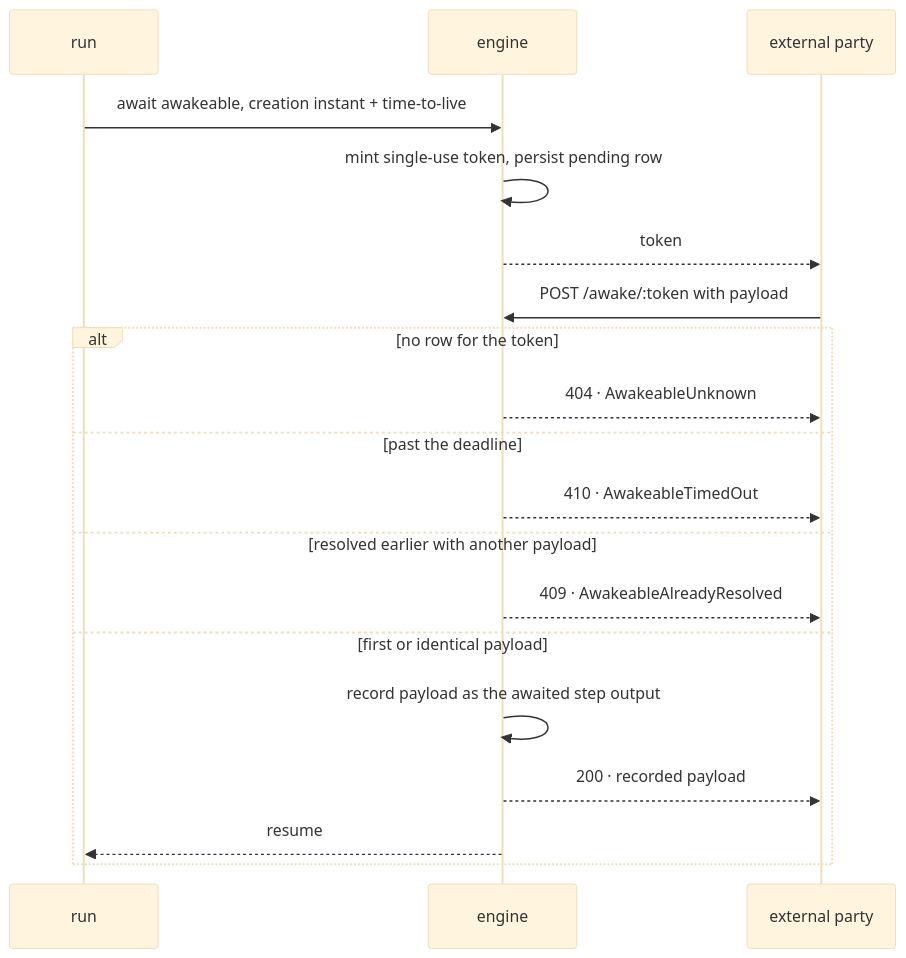
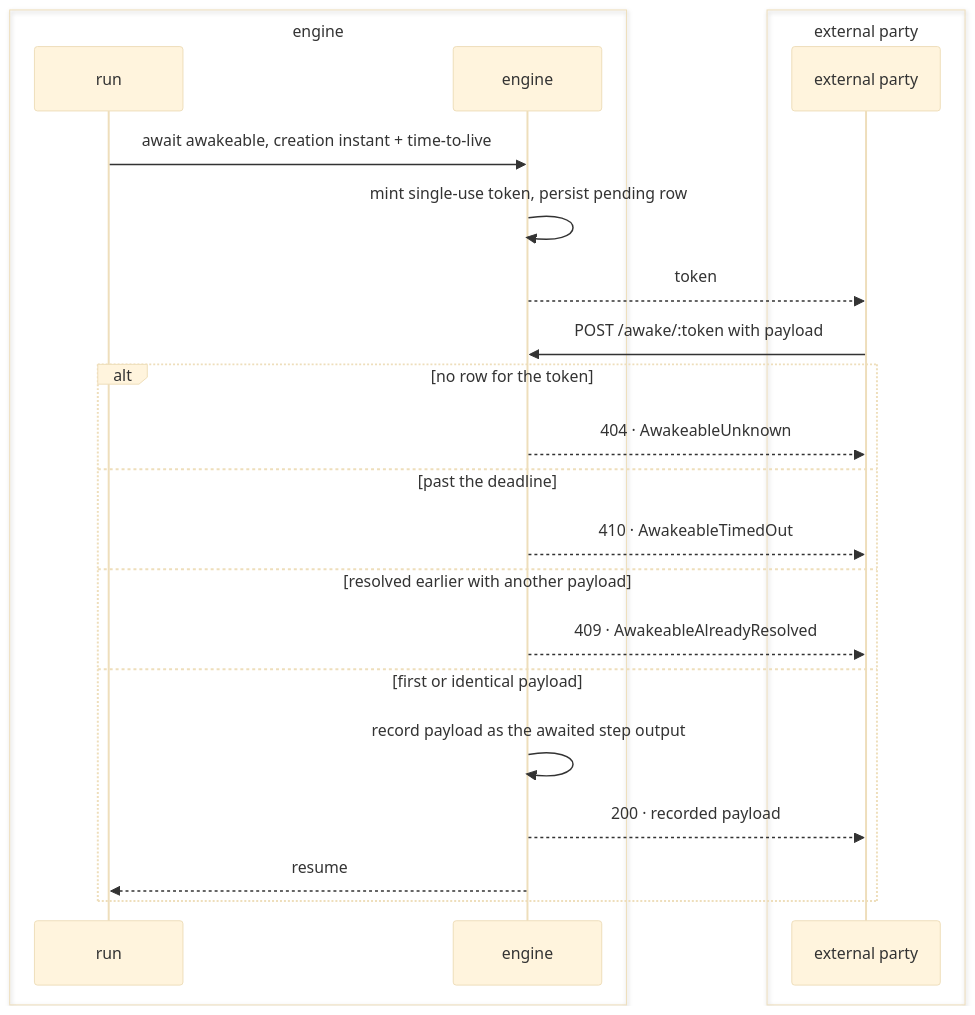
One commit to fractalboxdev/contextful changed the third of 6 diagrams in spec/30-run.md. Above: the diagram before and after it, drawn with Mermaid (base theme). The commit also changed other lines of this file and 33 other files, not shown here.

Commit message:
spec: diagrams draw contracts, parties and trust zones as containers; a node standing for one is refused

````diff
--- a/spec/30-run.md
+++ b/spec/30-run.md
@@ -140,21 +162,25 @@
 ```mermaid
 sequenceDiagram
-  participant R as run
-  participant E as engine
-  participant X as external party
+  box engine
+    participant R as run
+    participant E as engine
+  end
+  box external party
+    participant X as external party
+  end
   R->>E: await awakeable, creation instant + time-to-live
   E->>E: mint single-use token, persist pending row
   E-->>X: token
   X->>E: POST /awake/:token with payload
   alt no row for the token
     E-->>X: 404 · AwakeableUnknown
   else past the deadline
     E-->>X: 410 · AwakeableTimedOut
   else resolved earlier with another payload
     E-->>X: 409 · AwakeableAlreadyResolved
   else first or identical payload
     E->>E: record payload as the awaited step output
     E-->>X: 200 · recorded payload
     E-->>R: resume
   end
 ```
````
